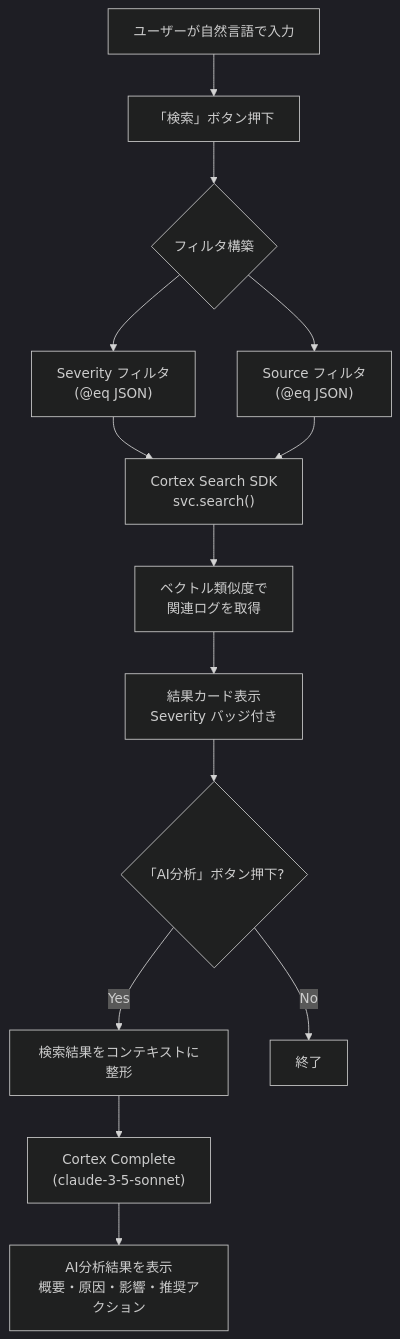
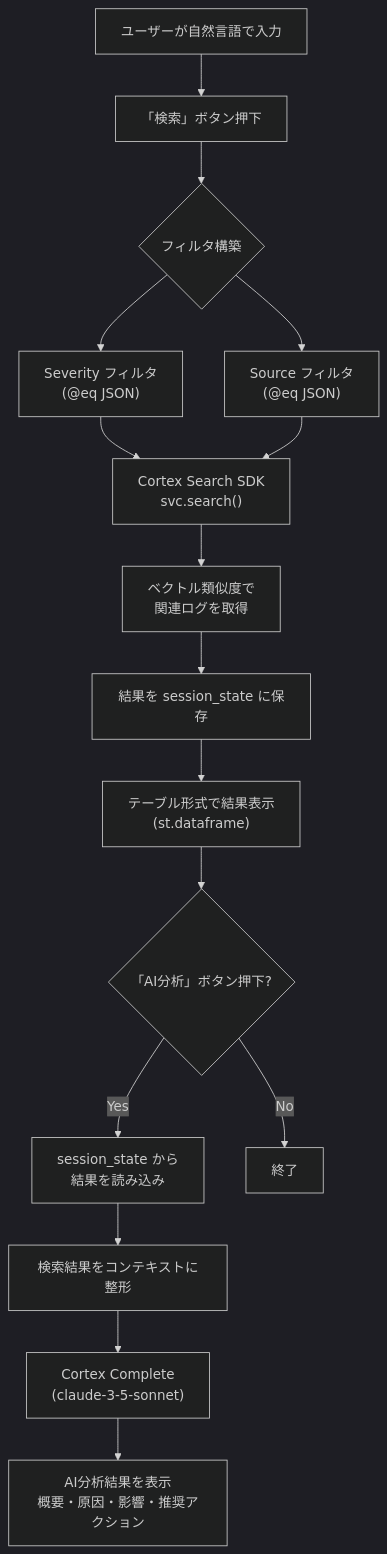
One commit to sfc-gh-kfukamori/snowflake-log-search-app changed the third of 4 diagrams in README.md. Above: the diagram before and after it, drawn with Mermaid (dark theme). The commit also changed other lines of this file and 1 other file, not shown here.

````diff
--- a/README.md
+++ b/README.md
@@ -285,15 +295,17 @@
 ```mermaid
 flowchart TD
     A[ユーザーが自然言語で入力] --> B[「検索」ボタン押下]
     B --> C{フィルタ構築}
     C --> D["Severity フィルタ<br/>(@eq JSON)"]
     C --> E["Source フィルタ<br/>(@eq JSON)"]
     D & E --> F["Cortex Search SDK<br/>svc.search()"]
     F --> G["ベクトル類似度で<br/>関連ログを取得"]
-    G --> H[結果カード表示<br/>Severity バッジ付き]
-    H --> I{"「AI分析」ボタン押下?"}
-    I -->|Yes| J[検索結果をコンテキストに整形]
-    J --> K["Cortex Complete<br/>(claude-3-5-sonnet)"]
-    K --> L[AI分析結果を表示<br/>概要・原因・影響・推奨アクション]
-    I -->|No| M[終了]
+    G --> H["結果を session_state に保存"]
+    H --> I["テーブル形式で結果表示<br/>(st.dataframe)"]
+    I --> J{"「AI分析」ボタン押下?"}
+    J -->|Yes| K["session_state から<br/>結果を読み込み"]
+    K --> L[検索結果をコンテキストに整形]
+    L --> M["Cortex Complete<br/>(claude-3-5-sonnet)"]
+    M --> N[AI分析結果を表示<br/>概要・原因・影響・推奨アクション]
+    J -->|No| O[終了]
 ```
````
